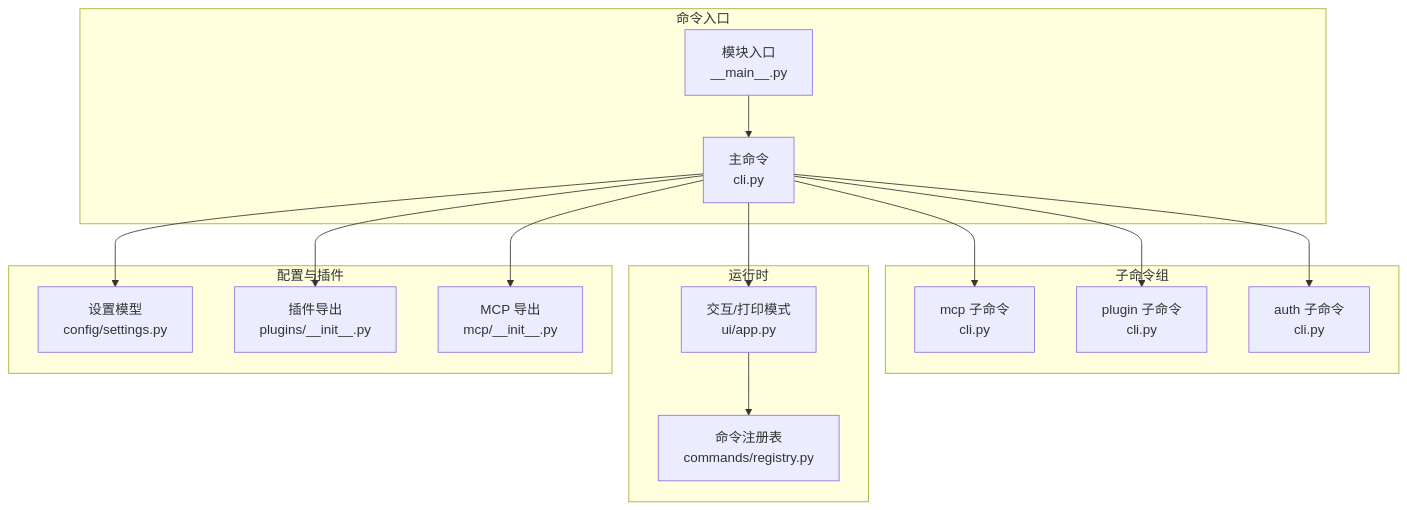
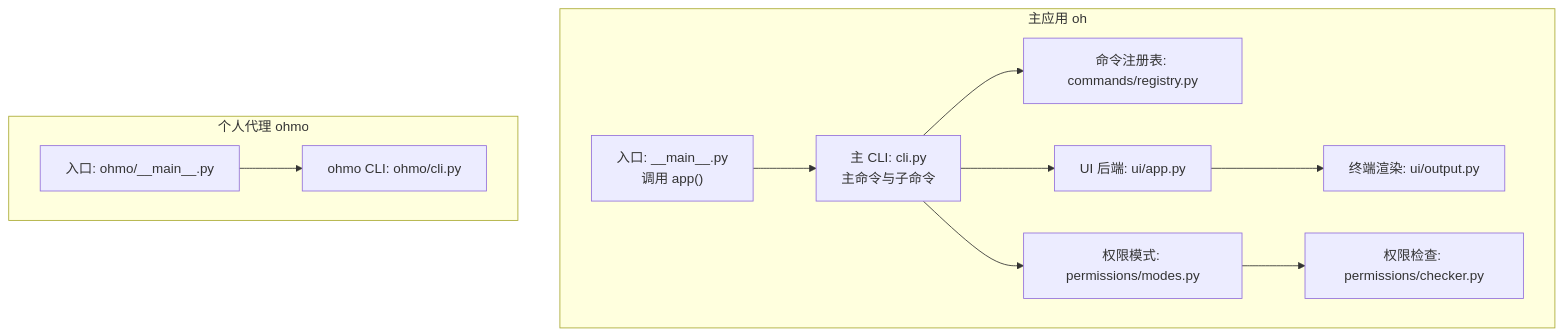
Before and after one commit to haolange/OpenHarness: the first of 4 diagrams in .qoder/repowiki/zh/content/命令行界面/命令行界面.md, drawn with Mermaid. The commit also changed other lines of this file and 222 other files, not shown here.

````diff
--- a/.qoder/repowiki/zh/content/命令行界面/命令行界面.md
+++ b/.qoder/repowiki/zh/content/命令行界面/命令行界面.md
@@ -33,30 +45,23 @@
 ```mermaid
 graph TB
-subgraph "命令入口"
-M["模块入口<br/>__main__.py"]
-C["主命令<br/>cli.py"]
+subgraph "主应用 oh"
+OHMain["入口: __main__.py<br/>调用 app()"]
+OHCLI["主 CLI: cli.py<br/>主命令与子命令"]
+OHRegistry["命令注册表: commands/registry.py"]
+OHUI["UI 后端: ui/app.py"]
+OHOutput["终端渲染: ui/output.py"]
+OHPerms["权限模式: permissions/modes.py"]
+OHChecker["权限检查: permissions/checker.py"]
 end
-subgraph "子命令组"
-MC["mcp 子命令<br/>cli.py"]
-PL["plugin 子命令<br/>cli.py"]
-AU["auth 子命令<br/>cli.py"]
+subgraph "个人代理 ohmo"
+OMOMain["入口: ohmo/__main__.py"]
+OMOCli["ohmo CLI: ohmo/cli.py"]
 end
-subgraph "运行时"
-UI["交互/打印模式<br/>ui/app.py"]
-REG["命令注册表<br/>commands/registry.py"]
-end
-subgraph "配置与插件"
-ST["设置模型<br/>config/settings.py"]
-PM["插件导出<br/>plugins/__init__.py"]
-MP["MCP 导出<br/>mcp/__init__.py"]
-end
-M --> C
-C --> MC
-C --> PL
-C --> AU
-C --> UI
-UI --> REG
-C --> ST
-C --> PM
-C --> MP
+OHMain --> OHCLI
+OHCLI --> OHRegistry
+OHCLI --> OHUI
+OHUI --> OHOutput
+OHCLI --> OHPerms
+OHPerms --> OHChecker
+OMOMain --> OMOCli
 ```
````
